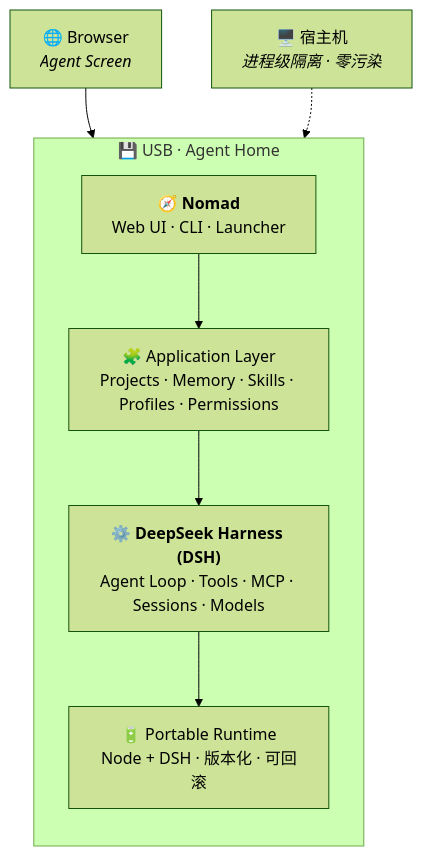
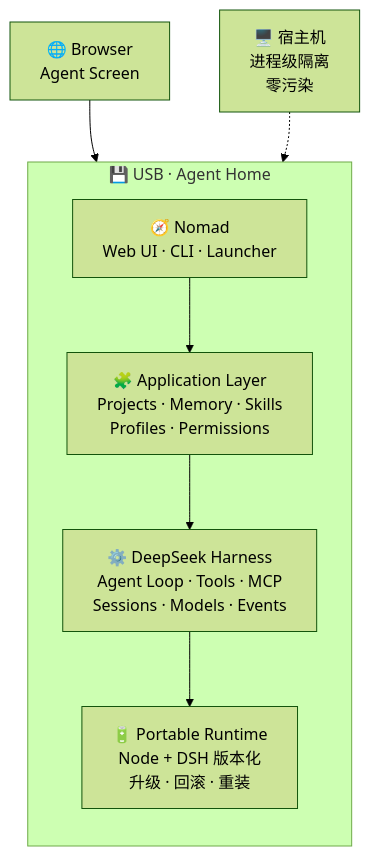
One commit to iCurrer/nomad-agent-os changed the diagram in README.md. Above: the diagram before and after it, drawn with Mermaid (forest theme).

Commit message:
docs(readme): 修复 Mermaid 架构图长标签被遮挡
长单行标签（如 Projects · Memory · Skills · Profiles · Permissions）超出节点
框宽度被截断。改为每行 ≤18 字符的多行布局（<br/> 显式换行），并移除
<b>/<i> 标签（HTML 标签会干扰部分渲染器的文本测量）。

````diff
--- a/README.md
+++ b/README.md
@@ -45,16 +45,16 @@
 ```mermaid
 flowchart TB
-    Browser["🌐 Browser<br/><i>Agent Screen</i>"]
+    Browser["🌐 Browser<br/>Agent Screen"]
 
     subgraph USB["💾 USB · Agent Home"]
         direction TB
-        Nomad["🧭 <b>Nomad</b><br/>Web UI · CLI · Launcher"]
-        App["🧩 Application Layer<br/>Projects · Memory · Skills · Profiles · Permissions"]
-        DSH["⚙️ <b>DeepSeek Harness (DSH)</b><br/>Agent Loop · Tools · MCP · Sessions · Models"]
-        RT["🔋 Portable Runtime<br/>Node + DSH · 版本化 · 可回滚"]
+        Nomad["🧭 Nomad<br/>Web UI · CLI · Launcher"]
+        App["🧩 Application Layer<br/>Projects · Memory · Skills<br/>Profiles · Permissions"]
+        DSH["⚙️ DeepSeek Harness<br/>Agent Loop · Tools · MCP<br/>Sessions · Models · Events"]
+        RT["🔋 Portable Runtime<br/>Node + DSH 版本化<br/>升级 · 回滚 · 重装"]
         Nomad --> App --> DSH --> RT
     end
 
     Browser --> Nomad
-    Host["🖥️ 宿主机<br/><i>进程级隔离 · 零污染</i>"] -.-> RT
+    Host["🖥️ 宿主机<br/>进程级隔离<br/>零污染"] -.-> RT
 ```
````
